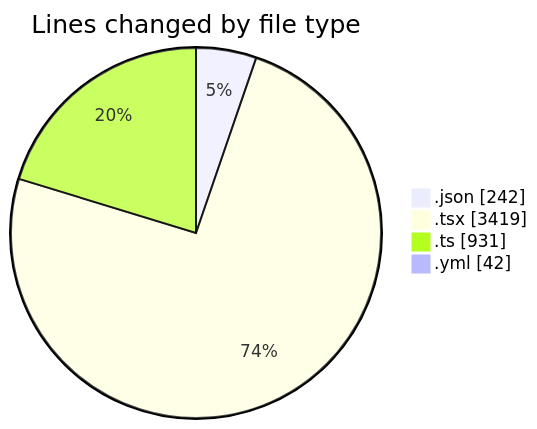
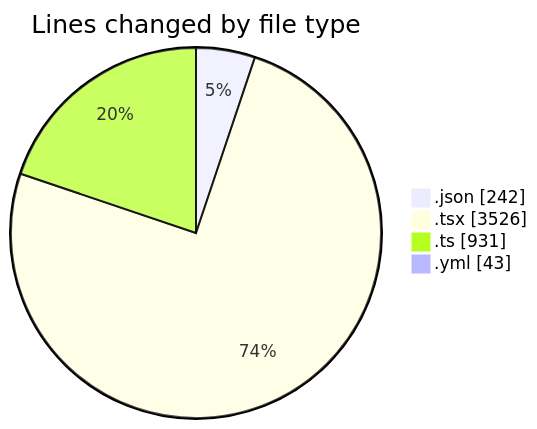
One commit to julien-gomy/code-tracking changed the first of 2 diagrams in 2025-11-17/eventscop-frontend-guide__workspace_/README.md. Above: the diagram before and after it, drawn with Mermaid. The commit also changed other lines of this file and 1 other file, not shown here.

````diff
--- a/2025-11-17/eventscop-frontend-guide__workspace_/README.md
+++ b/2025-11-17/eventscop-frontend-guide__workspace_/README.md
@@ -44,8 +44,8 @@
 ```mermaid
 pie showData
 title Lines changed by file type
 ".json" : 242
-".tsx" : 3419
+".tsx" : 3526
 ".ts" : 931
-".yml" : 42
+".yml" : 43
 ```
````
